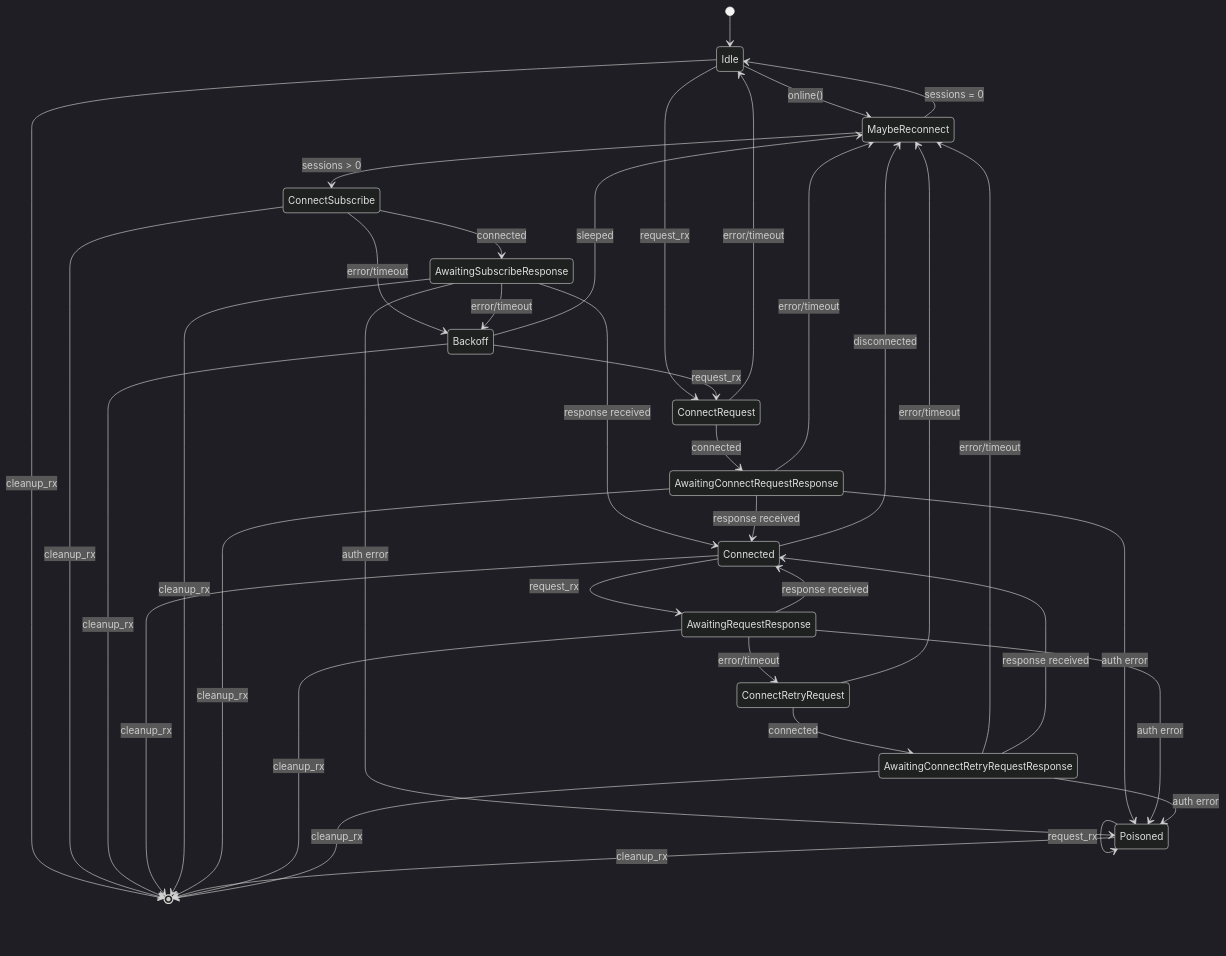
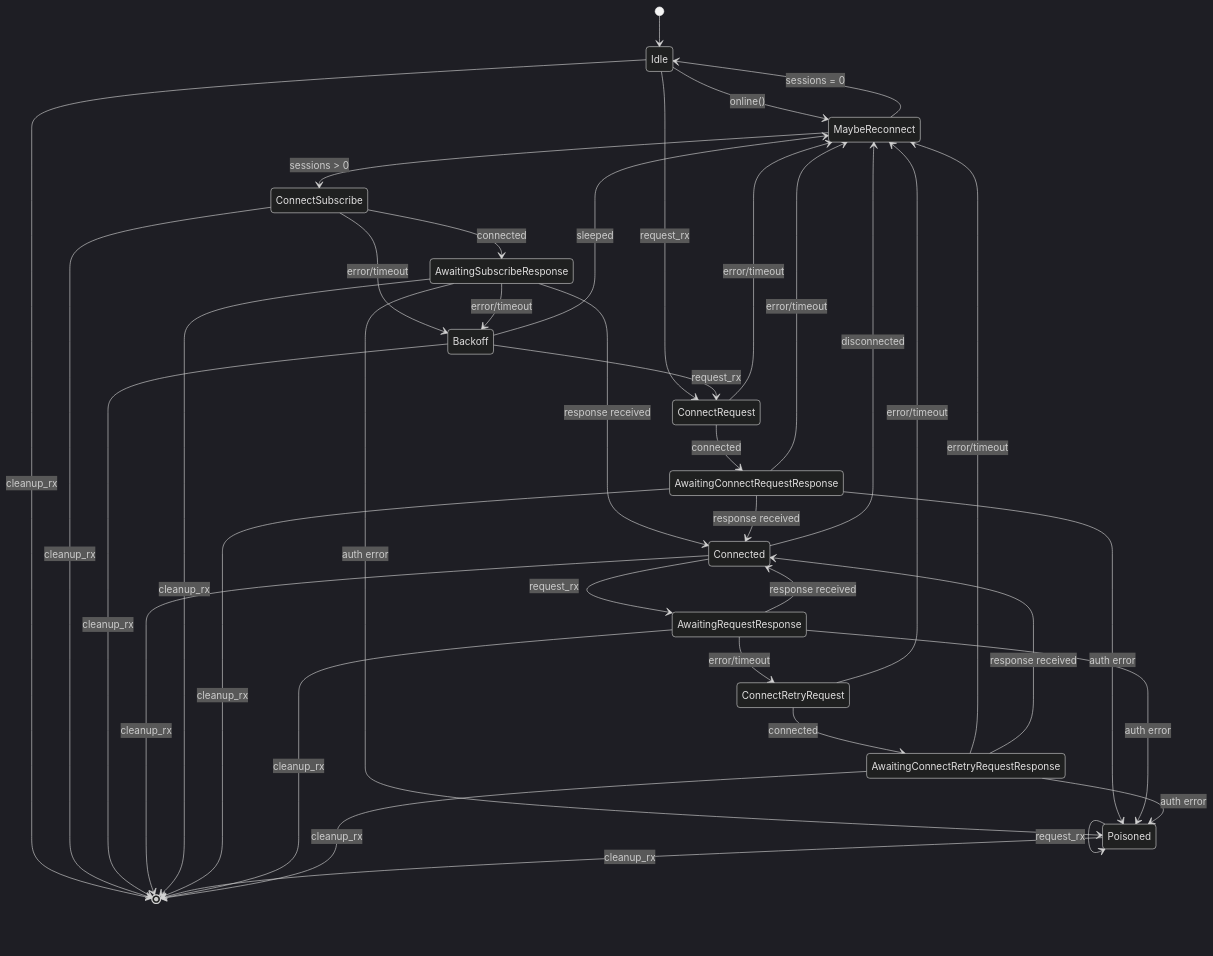
The diagram in crates/yttrium/src/sign/readme.md (reown-com/yttrium), drawn with Mermaid (dark theme) before and after one commit. The commit also changed 1 other file, not shown here.

Commit message:
fix incorrect state transition

````diff
--- a/crates/yttrium/src/sign/readme.md
+++ b/crates/yttrium/src/sign/readme.md
@@ -1,40 +1,40 @@
 ```mermaid
 stateDiagram-v2
     [*] --> Idle
     Idle --> MaybeReconnect: online()
     Idle --> ConnectRequest: request_rx
     Idle --> [*]: cleanup_rx
     MaybeReconnect --> ConnectSubscribe: sessions > 0
     MaybeReconnect --> Idle: sessions = 0
     ConnectSubscribe --> AwaitingSubscribeResponse: connected
     ConnectSubscribe --> Backoff: error/timeout
     ConnectSubscribe --> [*]: cleanup_rx
     Backoff --> MaybeReconnect: sleeped
     Backoff --> ConnectRequest: request_rx
     Backoff --> [*]: cleanup_rx
     Connected --> MaybeReconnect: disconnected
     Connected --> AwaitingRequestResponse: request_rx
     Connected --> [*]: cleanup_rx
     AwaitingSubscribeResponse --> Connected: response received
     AwaitingSubscribeResponse --> Poisoned: auth error
     AwaitingSubscribeResponse --> [*]: cleanup_rx
     AwaitingConnectRequestResponse --> Poisoned: auth error
     ConnectRequest --> AwaitingConnectRequestResponse: connected
     AwaitingConnectRequestResponse --> Connected: response received
     AwaitingConnectRequestResponse --> MaybeReconnect: error/timeout
     Poisoned --> Poisoned: request_rx
     AwaitingSubscribeResponse --> Backoff: error/timeout
     AwaitingConnectRequestResponse --> [*]: cleanup_rx
-    ConnectRequest --> Idle: error/timeout
+    ConnectRequest --> MaybeReconnect: error/timeout
     Poisoned --> [*]: cleanup_rx
     AwaitingRequestResponse --> ConnectRetryRequest: error/timeout
     AwaitingRequestResponse --> Poisoned: auth error
     AwaitingRequestResponse --> Connected: response received
     AwaitingRequestResponse --> [*]: cleanup_rx
     ConnectRetryRequest --> MaybeReconnect: error/timeout
     AwaitingConnectRetryRequestResponse --> MaybeReconnect: error/timeout
     AwaitingConnectRetryRequestResponse --> Poisoned: auth error
     AwaitingConnectRetryRequestResponse --> Connected: response received
     ConnectRetryRequest --> AwaitingConnectRetryRequestResponse: connected
     AwaitingConnectRetryRequestResponse --> [*]: cleanup_rx
 ```
````
